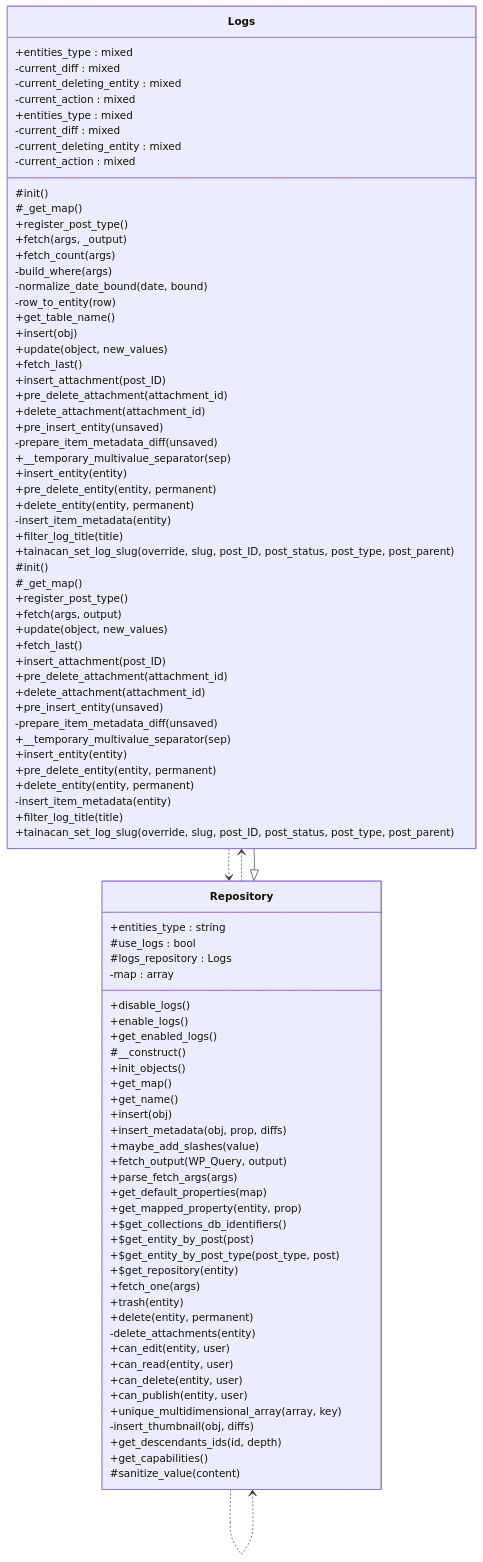
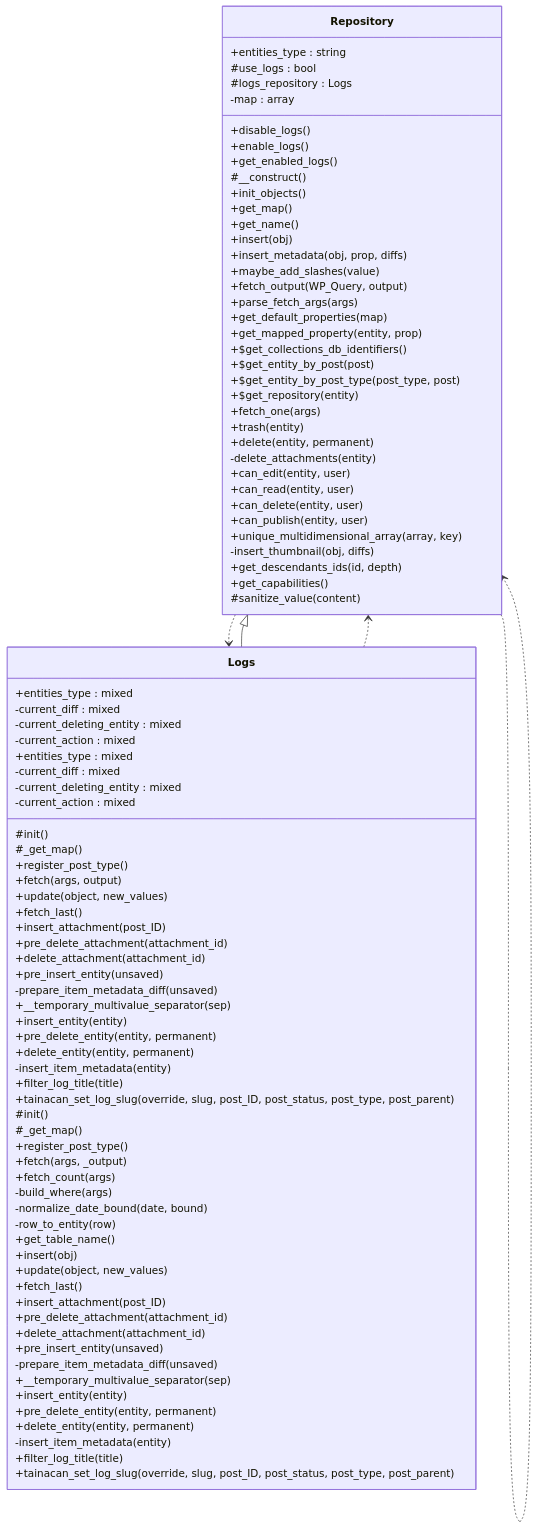
The diagram in docs/phpdoc/classes/Tainacan/Repositories/Logs.mmd (tainacan/tainacan), drawn with Mermaid before and after one commit. The commit also changed other lines of this file and 84 other files, not shown here.

```diff
--- a/docs/phpdoc/classes/Tainacan/Repositories/Logs.mmd
+++ b/docs/phpdoc/classes/Tainacan/Repositories/Logs.mmd
@@ -1,97 +1,97 @@
 classDiagram
     direction TB
-    class Logs {
-        +entities_type : mixed
-        -current_diff : mixed
-        -current_deleting_entity : mixed
-        -current_action : mixed
-        #init()
-        #_get_map()
-        +register_post_type()
-        +fetch(args, _output)
-        +fetch_count(args)
-        -build_where(args)
-        -normalize_date_bound(date, bound)
-        -row_to_entity(row)
-        +get_table_name()
-        +insert(obj)
-        +update(object, new_values)
-        +fetch_last()
-        +insert_attachment(post_ID)
-        +pre_delete_attachment(attachment_id)
-        +delete_attachment(attachment_id)
-        +pre_insert_entity(unsaved)
-        -prepare_item_metadata_diff(unsaved)
-        +__temporary_multivalue_separator(sep)
-        +insert_entity(entity)
-        +pre_delete_entity(entity, permanent)
-        +delete_entity(entity, permanent)
-        -insert_item_metadata(entity)
-        +filter_log_title(title)
-        +tainacan_set_log_slug(override, slug, post_ID, post_status, post_type, post_parent)
-    }
     class Repository {
         +entities_type : string
         #use_logs : bool
         #logs_repository : Logs
         -map : array
         +disable_logs()
         +enable_logs()
         +get_enabled_logs()
         #__construct()
         +init_objects()
         +get_map()
         +get_name()
         +insert(obj)
         +insert_metadata(obj, prop, diffs)
         +maybe_add_slashes(value)
         +fetch_output(WP_Query, output)
         +parse_fetch_args(args)
         +get_default_properties(map)
         +get_mapped_property(entity, prop)
         +$get_collections_db_identifiers()
         +$get_entity_by_post(post)
         +$get_entity_by_post_type(post_type, post)
         +$get_repository(entity)
         +fetch_one(args)
         +trash(entity)
         +delete(entity, permanent)
         -delete_attachments(entity)
         +can_edit(entity, user)
         +can_read(entity, user)
         +can_delete(entity, user)
         +can_publish(entity, user)
         +unique_multidimensional_array(array, key)
         -insert_thumbnail(obj, diffs)
         +get_descendants_ids(id, depth)
         +get_capabilities()
         #sanitize_value(content)
     }
     class Logs {
         +entities_type : mixed
         -current_diff : mixed
         -current_deleting_entity : mixed
         -current_action : mixed
         #init()
         #_get_map()
         +register_post_type()
         +fetch(args, output)
         +update(object, new_values)
         +fetch_last()
         +insert_attachment(post_ID)
         +pre_delete_attachment(attachment_id)
         +delete_attachment(attachment_id)
         +pre_insert_entity(unsaved)
         -prepare_item_metadata_diff(unsaved)
         +__temporary_multivalue_separator(sep)
         +insert_entity(entity)
         +pre_delete_entity(entity, permanent)
         +delete_entity(entity, permanent)
         -insert_item_metadata(entity)
         +filter_log_title(title)
         +tainacan_set_log_slug(override, slug, post_ID, post_status, post_type, post_parent)
     }
+    class Logs {
+        +entities_type : mixed
+        -current_diff : mixed
+        -current_deleting_entity : mixed
+        -current_action : mixed
+        #init()
+        #_get_map()
+        +register_post_type()
+        +fetch(args, _output)
+        +fetch_count(args)
+        -build_where(args)
+        -normalize_date_bound(date, bound)
+        -row_to_entity(row)
+        +get_table_name()
+        +insert(obj)
+        +update(object, new_values)
+        +fetch_last()
+        +insert_attachment(post_ID)
+        +pre_delete_attachment(attachment_id)
+        +delete_attachment(attachment_id)
+        +pre_insert_entity(unsaved)
+        -prepare_item_metadata_diff(unsaved)
+        +__temporary_multivalue_separator(sep)
+        +insert_entity(entity)
+        +pre_delete_entity(entity, permanent)
+        +delete_entity(entity, permanent)
+        -insert_item_metadata(entity)
+        +filter_log_title(title)
+        +tainacan_set_log_slug(override, slug, post_ID, post_status, post_type, post_parent)
+    }
     Logs ..> Repository
     Repository ..> Logs
     Repository ..> Repository
     Repository <|-- Logs
```
